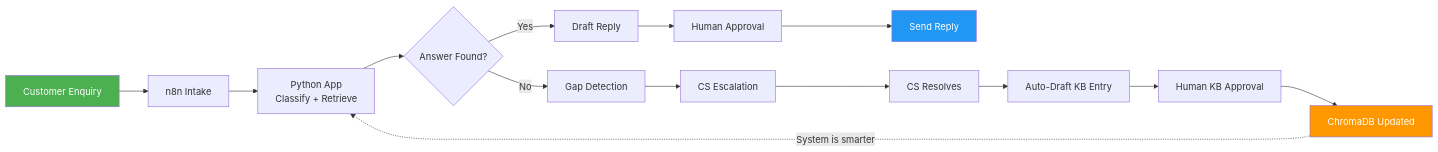
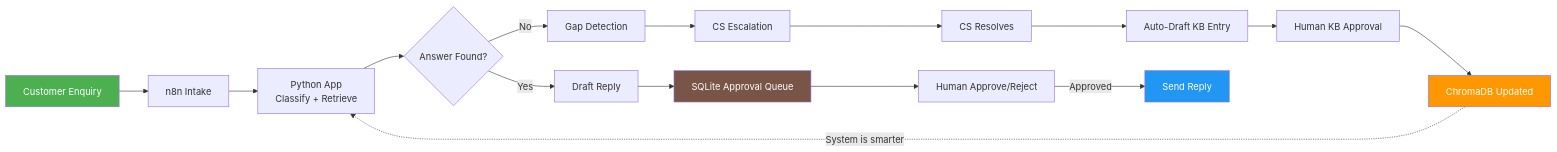
The seventh of 7 diagrams in docs/architecture.md (stevenyy88/BOLDR), drawn with Mermaid before and after one commit. The commit also changed other lines of this file and 1 other file, not shown here.

First line of the commit message:
docs: update README and architecture docs with all 22 API endpoints and new components

````diff
--- a/docs/architecture.md
+++ b/docs/architecture.md
@@ -505,20 +531,22 @@
 ```mermaid
 graph LR
     A[Customer Enquiry] --> B[n8n Intake]
     B --> C[Python App<br/>Classify + Retrieve]
     C --> D{Answer Found?}
     D -->|Yes| E[Draft Reply]
     D -->|No| F[Gap Detection]
-    E --> G[Human Approval]
+    E --> G[SQLite Approval Queue]
     F --> H[CS Escalation]
-    G --> I[Send Reply]
+    G --> I[Human Approve/Reject]
     H --> J[CS Resolves]
     J --> K[Auto-Draft KB Entry]
     K --> L[Human KB Approval]
     L --> M[ChromaDB Updated]
     M -.->|System is smarter| C
+    I -->|Approved| N[Send Reply]
     
     style A fill:#4CAF50,color:#fff
-    style I fill:#2196F3,color:#fff
+    style G fill:#795548,color:#fff
+    style N fill:#2196F3,color:#fff
     style M fill:#FF9800,color:#fff
 ```
````
